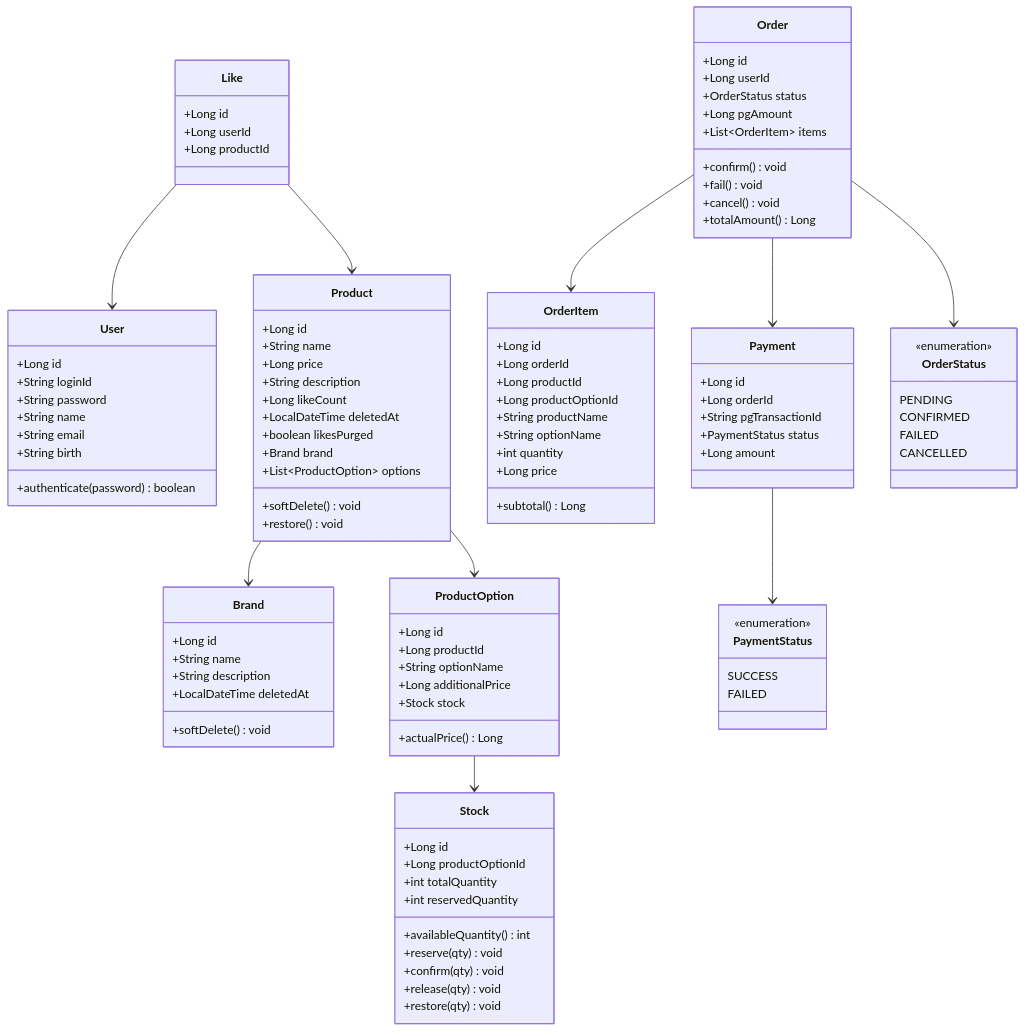
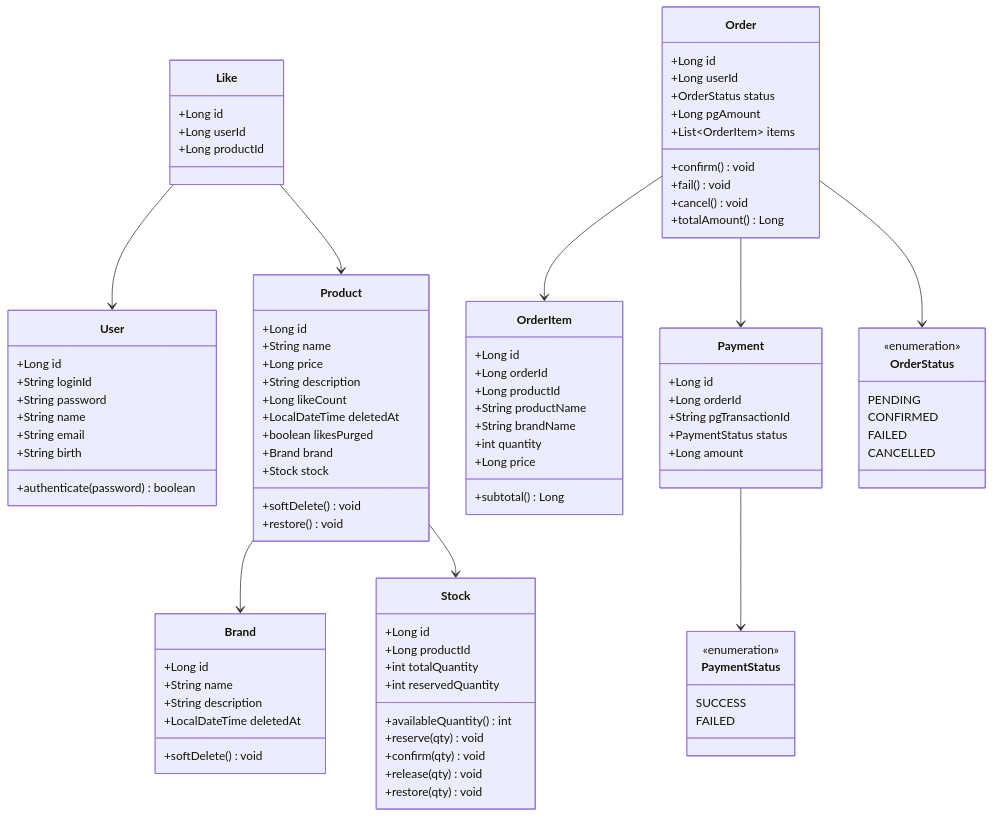
Before and after one commit to loopers-labs/loop-pack-be-l2-vol4-java: the diagram in .docs/design/03-class-diagram.md, drawn with Mermaid. The commit also changed other lines of this file and 3 other files, not shown here.

```diff
--- a/.docs/design/03-class-diagram.md
+++ b/.docs/design/03-class-diagram.md
@@ -35,23 +35,14 @@
         +LocalDateTime deletedAt
         +boolean likesPurged
         +Brand brand
-        +List~ProductOption~ options
+        +Stock stock
         +softDelete() void
         +restore() void
     }
 
-    class ProductOption {
+    class Stock {
         +Long id
         +Long productId
-        +String optionName
-        +Long additionalPrice
-        +Stock stock
-        +actualPrice() Long
-    }
-
-    class Stock {
-        +Long id
-        +Long productOptionId
         +int totalQuantity
         +int reservedQuantity
         +availableQuantity() int
@@ -83,9 +74,8 @@
         +Long id
         +Long orderId
         +Long productId
-        +Long productOptionId
         +String productName
-        +String optionName
+        +String brandName
         +int quantity
         +Long price
         +subtotal() Long
@@ -114,8 +104,7 @@
     }
 
     Product --> Brand
-    Product --> ProductOption
-    ProductOption --> Stock
+    Product --> Stock
     Order --> OrderItem
     Order --> OrderStatus
     Order --> Payment
```
